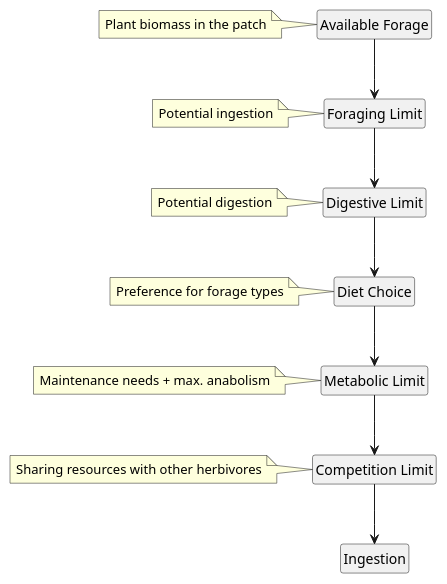
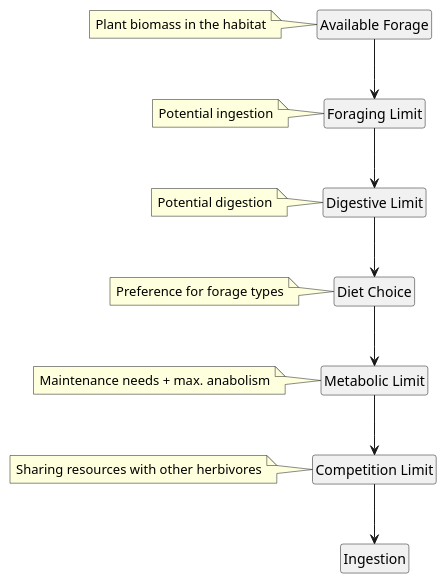
Before and after one commit to wtraylor/modular_megafauna_model: the eighth of 13 diagrams in docs/diagrams.iuml, drawn with PlantUML.

Commit message:
Replace “patch” with “habitat” in UML diagram

```diff
--- a/docs/diagrams.iuml
+++ b/docs/diagrams.iuml
@@ -208,24 +208,24 @@
 @startuml (id=intake_limit_levels)
 hide members
 hide circle
 hide methods
 annotation "Available Forage" as available_forage
-note left: Plant biomass in the patch
+note left: Plant biomass in the habitat
 annotation "Foraging Limit" as foraging_limit
 note left: Potential ingestion
 annotation "Digestive Limit" as digestion_limit
 note left: Potential digestion
 annotation "Diet Choice" as diet_choice
 note left: Preference for forage types
 annotation "Metabolic Limit" as metabolic_limit
 note left: Maintenance needs + max. anabolism
 annotation "Competition Limit" as competition
 note left: Sharing resources with other herbivores
 annotation "Ingestion" as ingestion
 available_forage -down-> foraging_limit
 foraging_limit   -down-> digestion_limit
 digestion_limit  -down-> diet_choice
 diet_choice      -down-> metabolic_limit
 metabolic_limit  -down-> competition
 competition      -down-> ingestion
 @enduml
```
